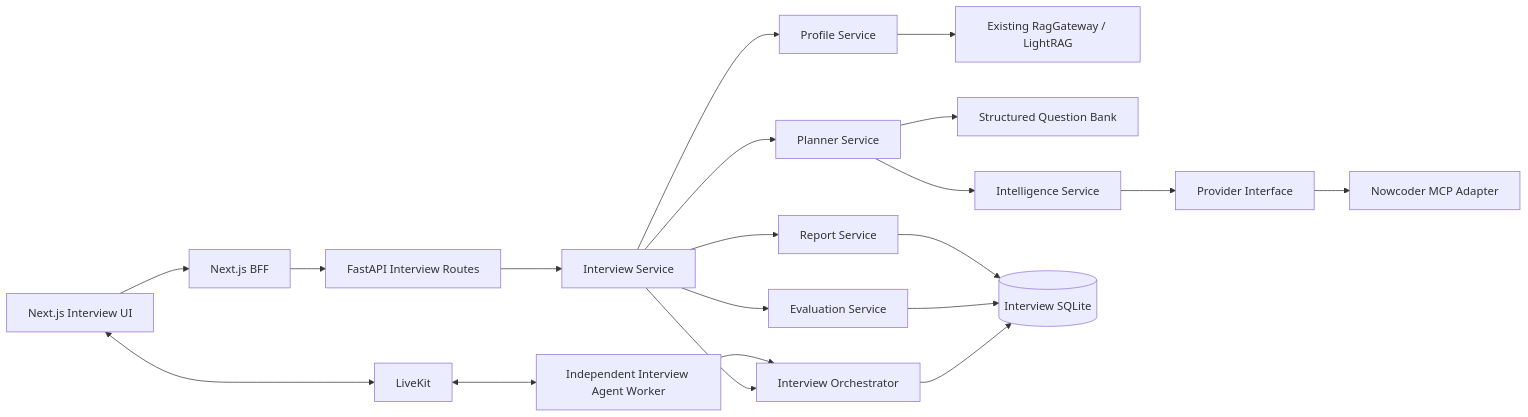
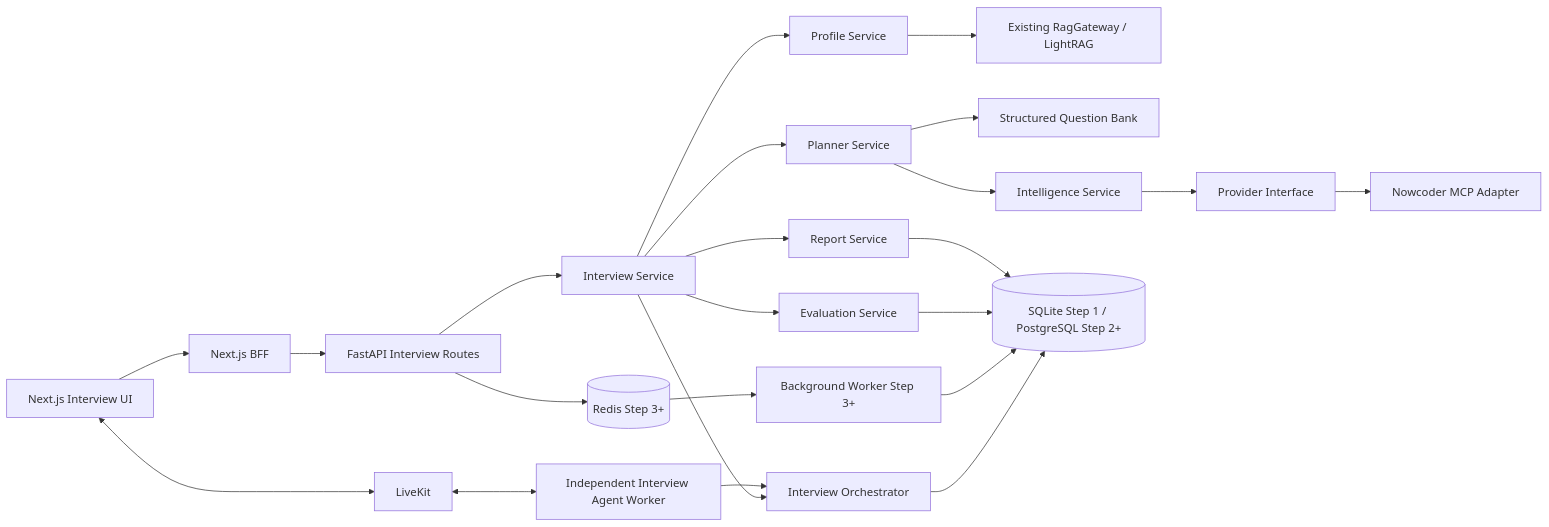
The diagram in docs/plans/interview-coach-plan.md (Ocean-645-SSS/Live-Interview-Coach), drawn with Mermaid before and after one commit. The commit also changed other lines of this file and 34 other files, not shown here.

````diff
--- a/docs/plans/interview-coach-plan.md
+++ b/docs/plans/interview-coach-plan.md
@@ -114,22 +121,25 @@
 ```mermaid
 flowchart LR
     UI[Next.js Interview UI] --> BFF[Next.js BFF]
     BFF --> API[FastAPI Interview Routes]
     API --> IS[Interview Service]
     IS --> PS[Profile Service]
     IS --> PL[Planner Service]
     IS --> OR[Interview Orchestrator]
     IS --> EV[Evaluation Service]
     IS --> RP[Report Service]
     PS --> RAG[Existing RagGateway / LightRAG]
     PL --> QB[Structured Question Bank]
     PL --> INT[Intelligence Service]
     INT --> PI[Provider Interface]
     PI --> MCP[Nowcoder MCP Adapter]
     UI <--> LK[LiveKit]
     LK <--> IA[Independent Interview Agent Worker]
     IA --> OR
-    OR --> DB[(Interview SQLite)]
+    OR --> DB[(SQLite Step 1 / PostgreSQL Step 2+)]
+    API --> REDIS[(Redis Step 3+)]
+    REDIS --> BW[Background Worker Step 3+]
+    BW --> DB
     EV --> DB
     RP --> DB
 ```
````
